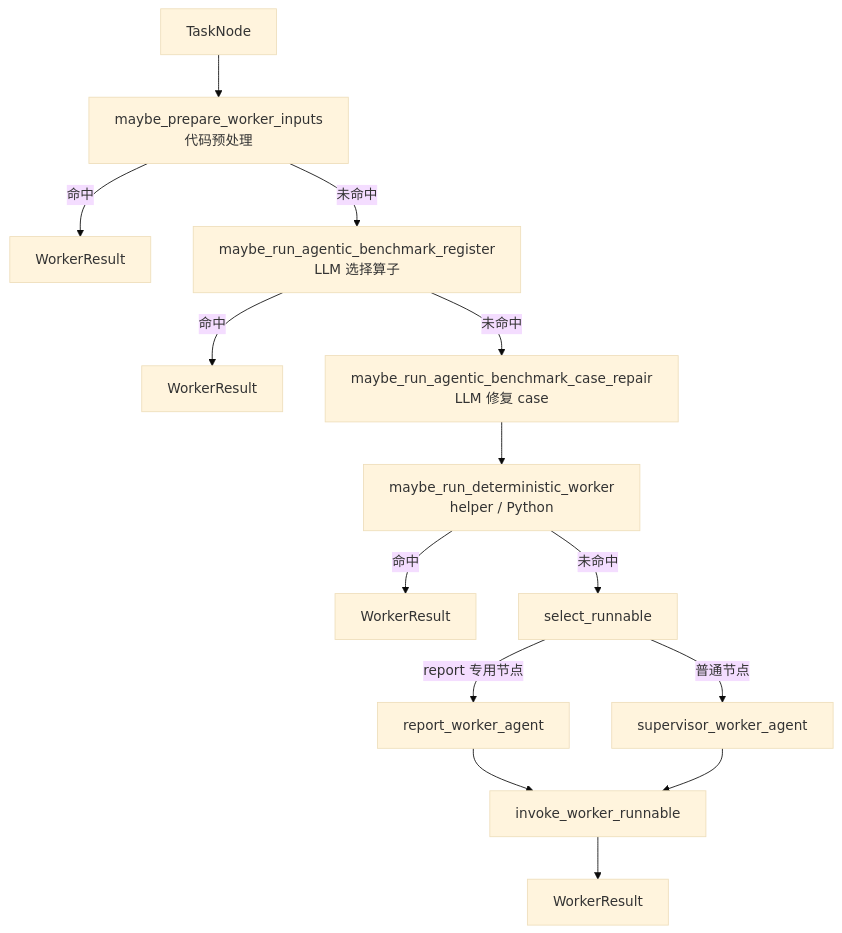
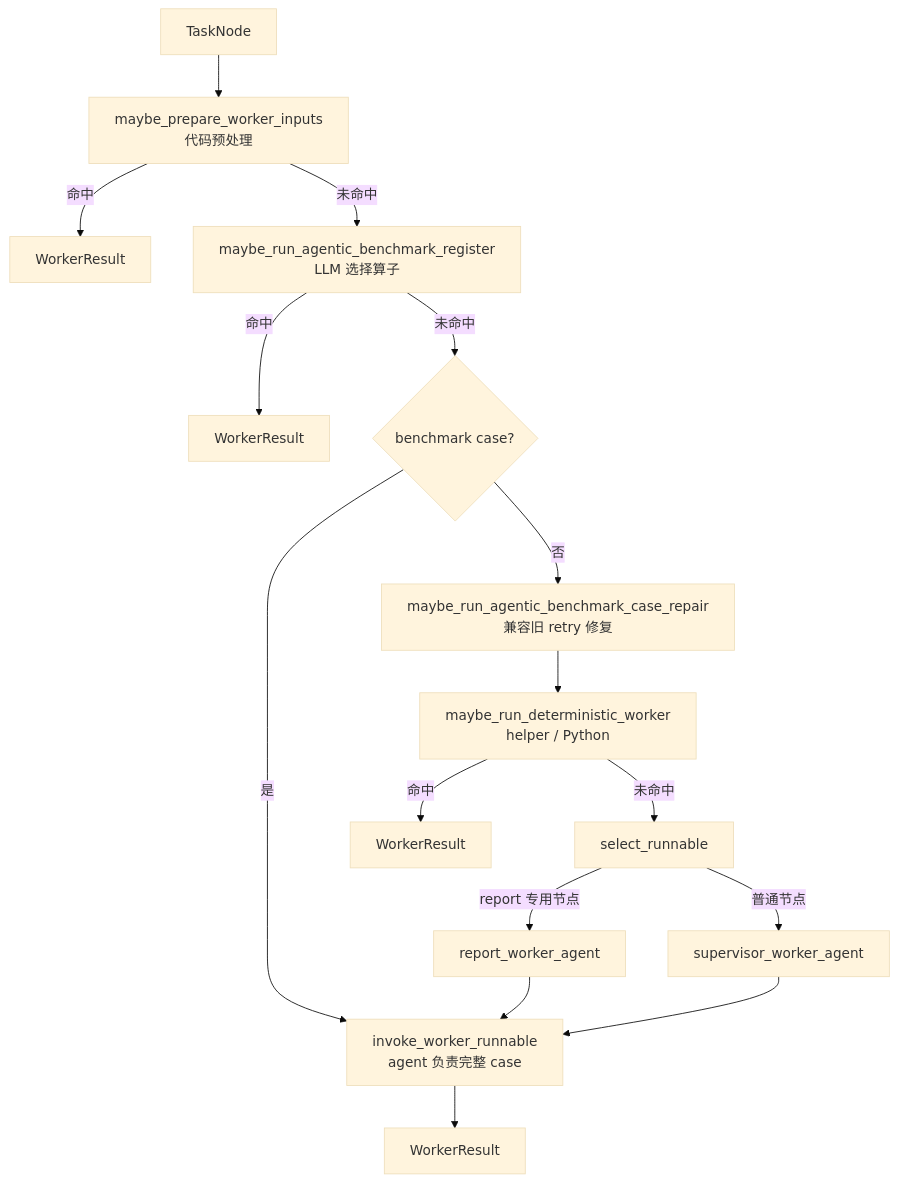
Before and after one commit to zhang-pei-feng/code2workspace: the fourth of 16 diagrams in docs/overview/supervisor-agent-function-flows.zh.md, drawn with Mermaid (base theme). The commit also changed other lines of this file and 33 other files, not shown here.

````diff
--- a/docs/overview/supervisor-agent-function-flows.zh.md
+++ b/docs/overview/supervisor-agent-function-flows.zh.md
@@ -158,16 +159,18 @@
 ```mermaid
 flowchart TD
     N[TaskNode] --> P[maybe_prepare_worker_inputs<br/>代码预处理]
     P -->|命中| WR1[WorkerResult]
     P -->|未命中| AR[maybe_run_agentic_benchmark_register<br/>LLM 选择算子]
     AR -->|命中| WR2[WorkerResult]
-    AR -->|未命中| REP[maybe_run_agentic_benchmark_case_repair<br/>LLM 修复 case]
+    AR -->|未命中| BC{benchmark case?}
+    BC -->|是| INV[invoke_worker_runnable<br/>agent 负责完整 case]
+    BC -->|否| REP[maybe_run_agentic_benchmark_case_repair<br/>兼容旧 retry 修复]
     REP --> DET[maybe_run_deterministic_worker<br/>helper / Python]
     DET -->|命中| WR3[WorkerResult]
     DET -->|未命中| SEL[select_runnable]
     SEL -->|report 专用节点| RWA[report_worker_agent]
     SEL -->|普通节点| SWA[supervisor_worker_agent]
-    RWA --> INV[invoke_worker_runnable]
+    RWA --> INV
     SWA --> INV
     INV --> WR4[WorkerResult]
 ```
````
